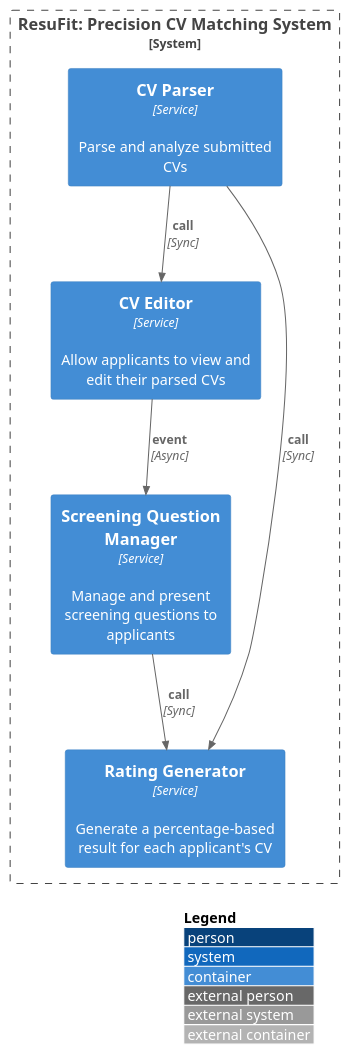
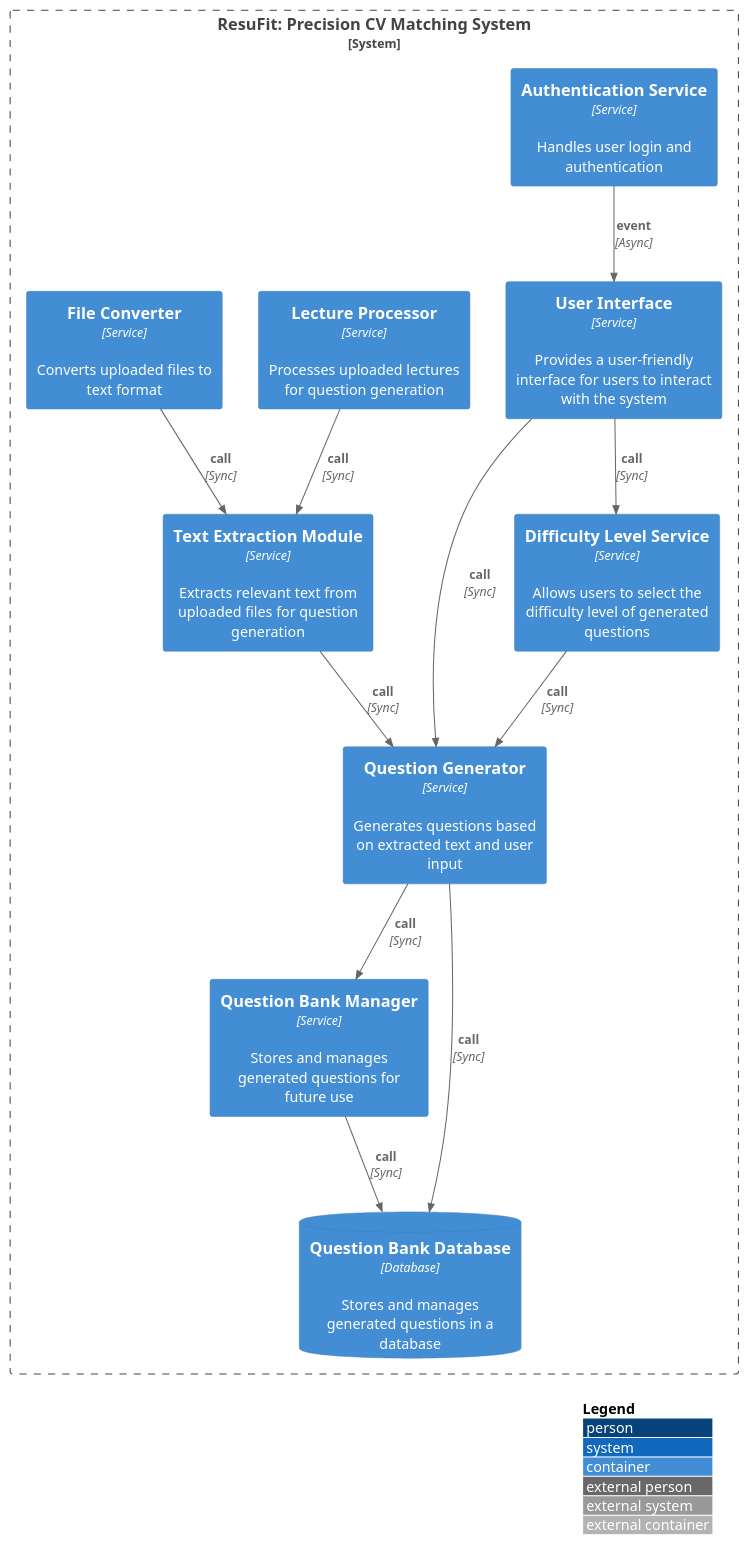
One commit to YoumnaHanyy/GPARCHIMIND changed the diagram in data/outputs/architecture_c4.puml. Above: the diagram before and after it, drawn with PlantUML. The commit also changed 20 other files, not shown here.

```diff
--- a/data/outputs/architecture_c4.puml
+++ b/data/outputs/architecture_c4.puml
@@ -1,14 +1,25 @@
 @startuml
 !include https://raw.githubusercontent.com/plantuml-stdlib/C4-PlantUML/master/C4_Container.puml
 LAYOUT_WITH_LEGEND()
 System_Boundary(ResuFitPrecisionCVMatchingSystem, "ResuFit: Precision CV Matching System") {
-  Container(CVParser, "CV Parser", "Service", "Parse and analyze submitted CVs")
-  Container(CVEditor, "CV Editor", "Service", "Allow applicants to view and edit their parsed CVs")
-  Container(ScreeningQuestionManager, "Screening Question Manager", "Service", "Manage and present screening questions to applicants")
-  Container(RatingGenerator, "Rating Generator", "Service", "Generate a percentage-based result for each applicant's CV")
+  Container(AuthenticationService, "Authentication Service", "Service", "Handles user login and authentication")
+  Container(LectureProcessor, "Lecture Processor", "Service", "Processes uploaded lectures for question generation")
+  Container(FileConverter, "File Converter", "Service", "Converts uploaded files to text format")
+  Container(TextExtractionModule, "Text Extraction Module", "Service", "Extracts relevant text from uploaded files for question generation")
+  Container(QuestionGenerator, "Question Generator", "Service", "Generates questions based on extracted text and user input")
+  Container(QuestionBankManager, "Question Bank Manager", "Service", "Stores and manages generated questions for future use")
+  Container(DifficultyLevelService, "Difficulty Level Service", "Service", "Allows users to select the difficulty level of generated questions")
+  Container(UserInterface, "User Interface", "Service", "Provides a user-friendly interface for users to interact with the system")
+  ContainerDb(QuestionBankDatabase, "Question Bank Database", "Database", "Stores and manages generated questions in a database")
 }
-Rel(CVParser, CVEditor, "call", "Sync")
-Rel(CVEditor, ScreeningQuestionManager, "event", "Async")
-Rel(ScreeningQuestionManager, RatingGenerator, "call", "Sync")
-Rel(CVParser, RatingGenerator, "call", "Sync")
+Rel(AuthenticationService, UserInterface, "event", "Async")
+Rel(UserInterface, QuestionGenerator, "call", "Sync")
+Rel(UserInterface, DifficultyLevelService, "call", "Sync")
+Rel(QuestionGenerator, QuestionBankManager, "call", "Sync")
+Rel(QuestionGenerator, QuestionBankDatabase, "call", "Sync")
+Rel(FileConverter, TextExtractionModule, "call", "Sync")
+Rel(TextExtractionModule, QuestionGenerator, "call", "Sync")
+Rel(LectureProcessor, TextExtractionModule, "call", "Sync")
+Rel(DifficultyLevelService, QuestionGenerator, "call", "Sync")
+Rel(QuestionBankManager, QuestionBankDatabase, "call", "Sync")
 @enduml
```
